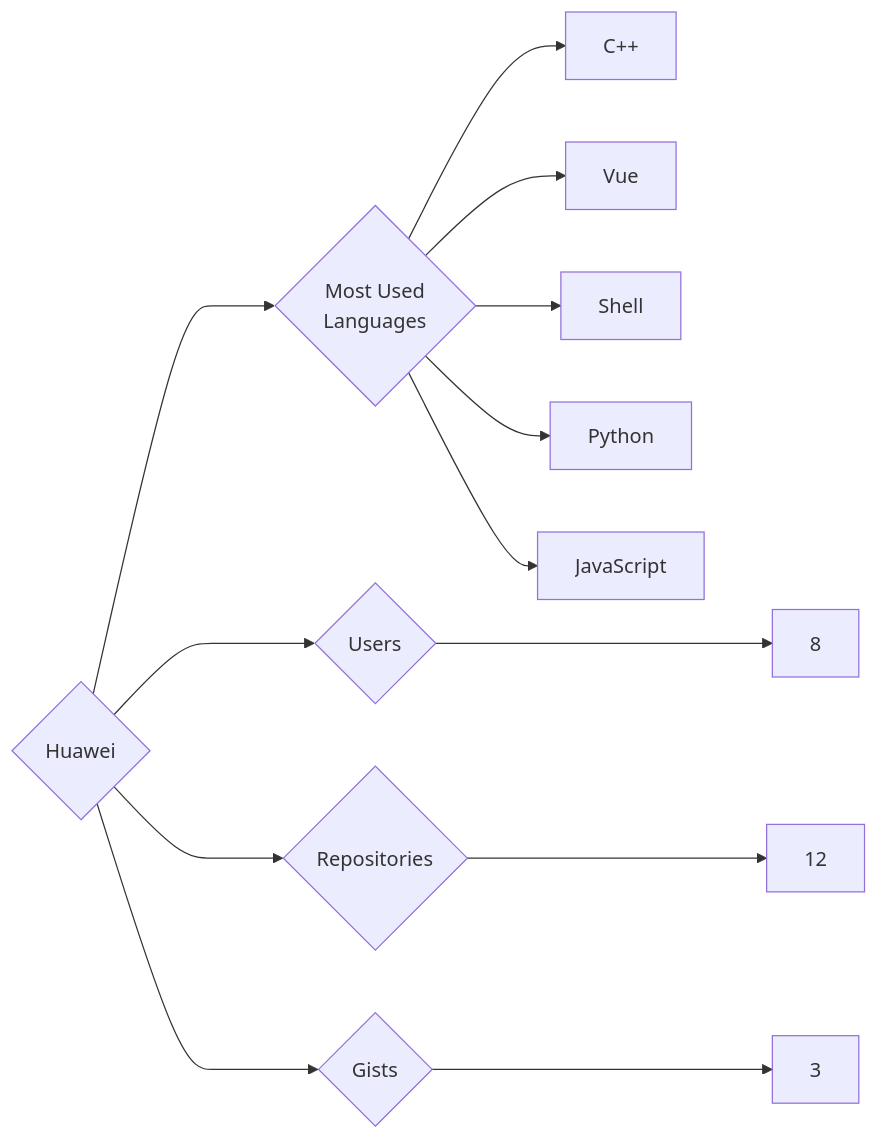
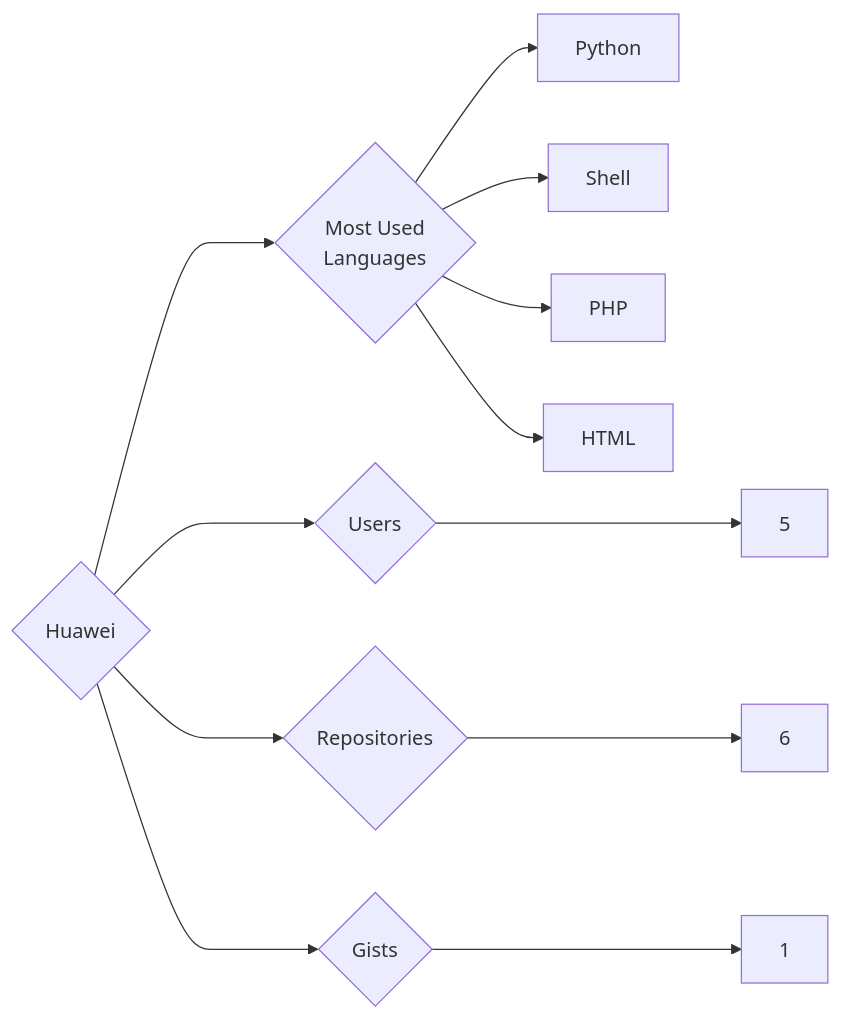
Before and after one commit to trickest/insiders: the diagram in targets/Huawei/README.md, drawn with Mermaid. The commit also changed 1089 other files, not shown here.

````diff
--- a/targets/Huawei/README.md
+++ b/targets/Huawei/README.md
@@ -3,13 +3,12 @@
 ```mermaid
 graph LR
 COMPANY_NAME{Huawei}
-COMPANY_NAME ---> U{Users} ---> UN[8]
-COMPANY_NAME ---> R{Repositories} ---> RN[12]
-COMPANY_NAME ---> G{Gists} ---> GN[3]
+COMPANY_NAME ---> U{Users} ---> UN[5]
+COMPANY_NAME ---> R{Repositories} ---> RN[6]
+COMPANY_NAME ---> G{Gists} ---> GN[1]
 COMPANY_NAME ---> ML{Most Used<br>Languages}
-ML --> C++[C++]
-ML --> Vue[Vue]
+ML --> Python[Python]
 ML --> Shell[Shell]
-ML --> Python[Python]
-ML --> JavaScript[JavaScript]
+ML --> PHP[PHP]
+ML --> HTML[HTML]
 ```
````
